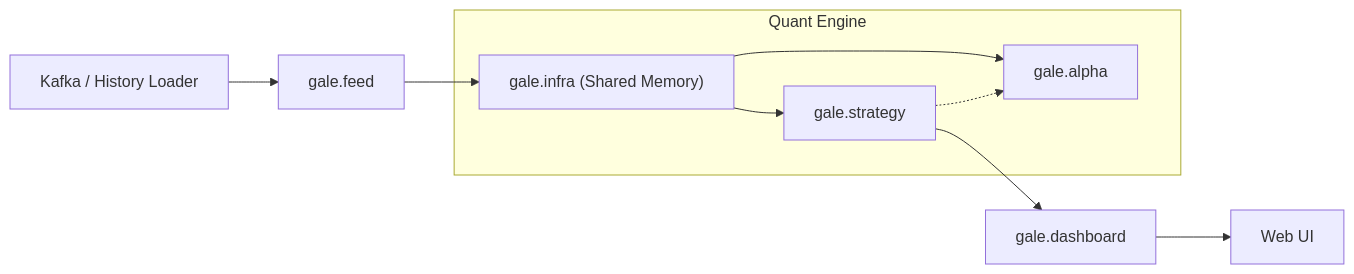
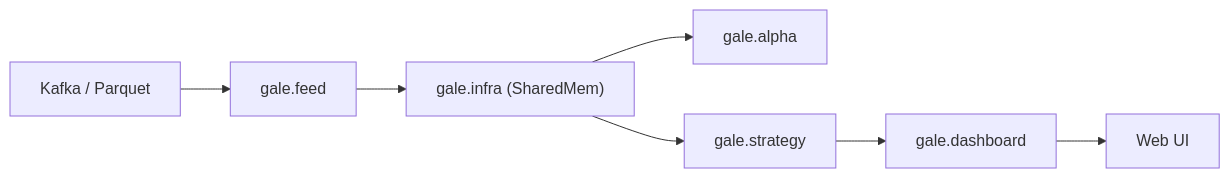
Before and after one commit to gman-quant/TXF-DayTradeDash: the diagram in README.md, drawn with Mermaid. The commit also changed other lines of this file, not shown here.

First line of the commit message:
V2: docs: rewrite README — 精簡並改名 TXF-DayTradeDash

````diff
--- a/README.md
+++ b/README.md
@@ -39,14 +36,8 @@
 ```mermaid
 graph LR
-    Kafka["Kafka / History Loader"] --> Feed["gale.feed"]
-    Feed --> Infra["gale.infra (Shared Memory)"]
-    
-    subgraph Quant Engine
-        Infra --> Strategy["gale.strategy"]
-        Infra --> Alpha["gale.alpha"]
-        Strategy -.-> Alpha
-    end
-    
-    Strategy --> Dashboard["gale.dashboard"]
-    Dashboard --> Browser["Web UI"]
+    Src["Kafka / Parquet"] --> Feed["gale.feed"]
+    Feed --> Infra["gale.infra (SharedMem)"]
+    Infra --> Alpha["gale.alpha"]
+    Infra --> Strategy["gale.strategy"]
+    Strategy --> Dash["gale.dashboard"] --> Browser["Web UI"]
 ```
````
